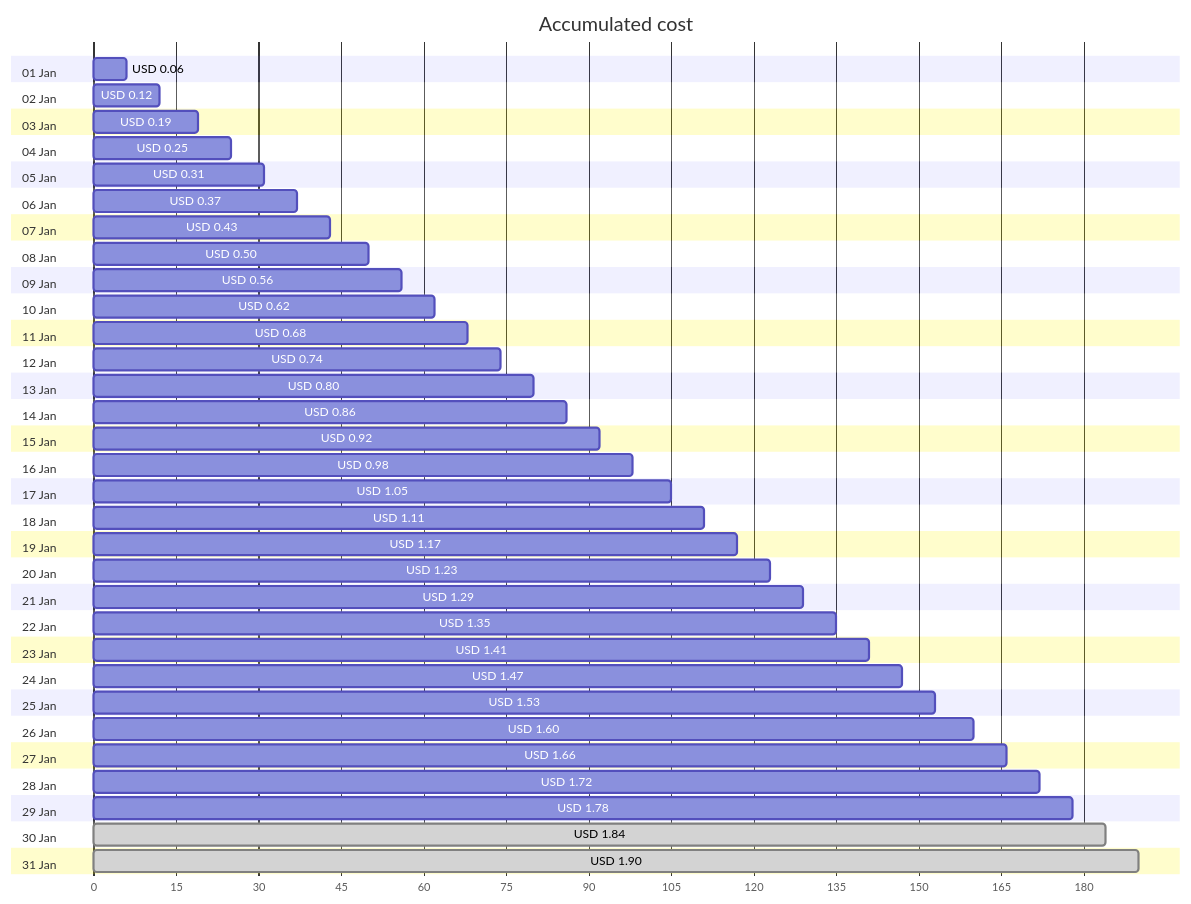
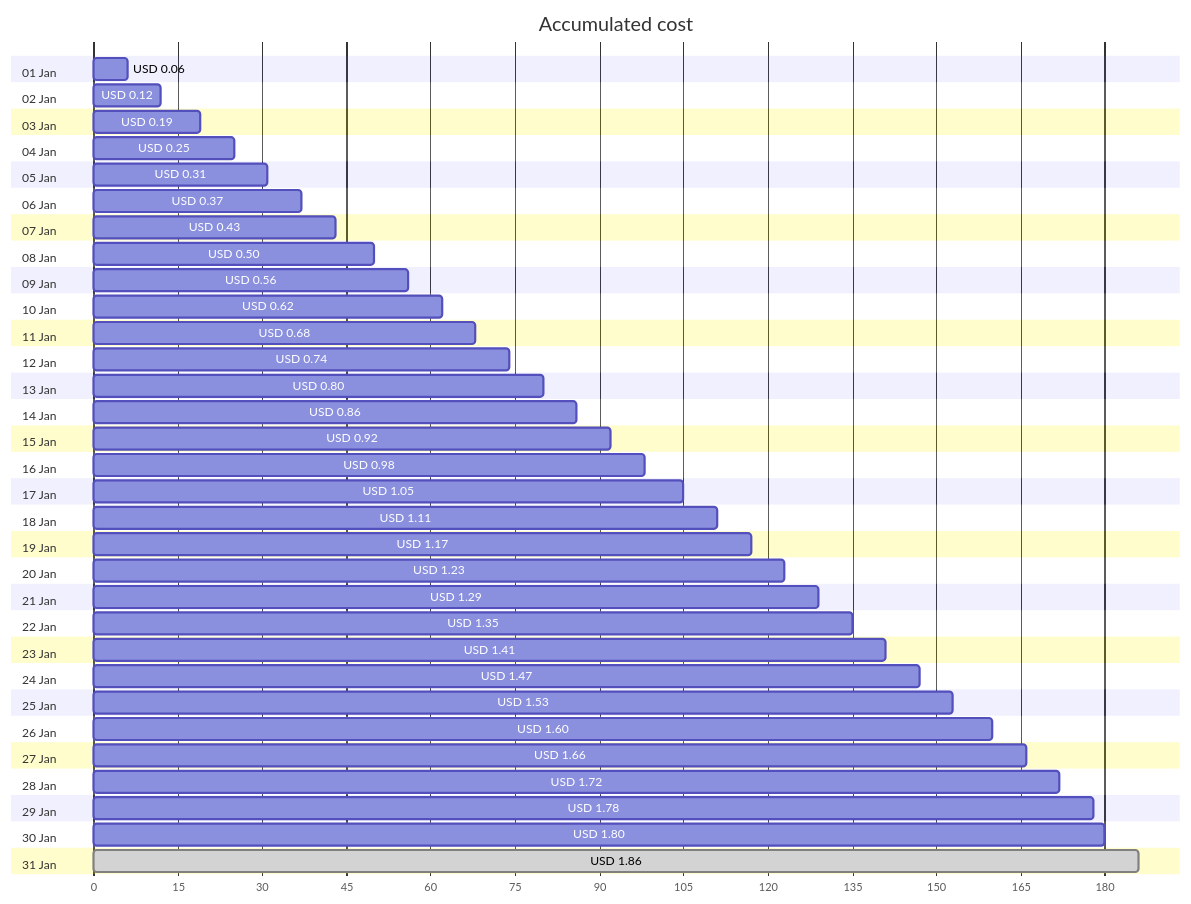
Before and after one commit to jpfulton/azure-personal-reports: the first of 4 diagrams in cost-reports/personal-network/backup-server_OsDisk.md, drawn with Mermaid. The commit also changed other lines of this file and 8 other files, not shown here.

````diff
--- a/cost-reports/personal-network/backup-server_OsDisk.md
+++ b/cost-reports/personal-network/backup-server_OsDisk.md
@@ -20,68 +20,68 @@
 ```mermaid
 gantt
    title Accumulated cost
    dateFormat  X
    axisFormat %s
    section 01 Jan
    USD 0.06 :0, 6
    section 02 Jan
    USD 0.12 :0, 12
    section 03 Jan
    USD 0.19 :0, 19
    section 04 Jan
    USD 0.25 :0, 25
    section 05 Jan
    USD 0.31 :0, 31
    section 06 Jan
    USD 0.37 :0, 37
    section 07 Jan
    USD 0.43 :0, 43
    section 08 Jan
    USD 0.50 :0, 50
    section 09 Jan
    USD 0.56 :0, 56
    section 10 Jan
    USD 0.62 :0, 62
    section 11 Jan
    USD 0.68 :0, 68
    section 12 Jan
    USD 0.74 :0, 74
    section 13 Jan
    USD 0.80 :0, 80
    section 14 Jan
    USD 0.86 :0, 86
    section 15 Jan
    USD 0.92 :0, 92
    section 16 Jan
    USD 0.98 :0, 98
    section 17 Jan
    USD 1.05 :0, 105
    section 18 Jan
    USD 1.11 :0, 111
    section 19 Jan
    USD 1.17 :0, 117
    section 20 Jan
    USD 1.23 :0, 123
    section 21 Jan
    USD 1.29 :0, 129
    section 22 Jan
    USD 1.35 :0, 135
    section 23 Jan
    USD 1.41 :0, 141
    section 24 Jan
    USD 1.47 :0, 147
    section 25 Jan
    USD 1.53 :0, 153
    section 26 Jan
    USD 1.60 :0, 160
    section 27 Jan
    USD 1.66 :0, 166
    section 28 Jan
    USD 1.72 :0, 172
    section 29 Jan
    USD 1.78 :0, 178
    section 30 Jan
-   USD 1.84 : done, 0, 184
+   USD 1.80 :0, 180
    section 31 Jan
-   USD 1.90 : done, 0, 190
+   USD 1.86 : done, 0, 186
 ```
````
